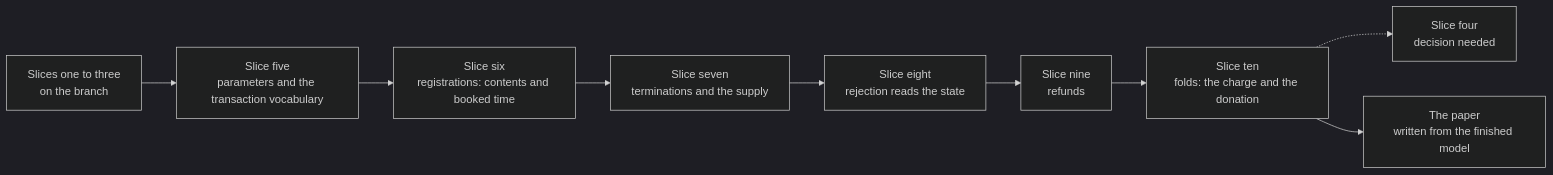
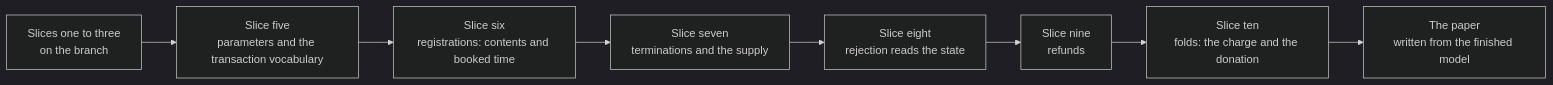
One commit to lambdasistemi/singular changed the diagram in specs/494-protected-rejection-rule/economics-plan.md. Above: the diagram before and after it, drawn with Mermaid (dark theme). The commit also changed other lines of this file and 15 other files, not shown here.

````diff
--- a/specs/494-protected-rejection-rule/economics-plan.md
+++ b/specs/494-protected-rejection-rule/economics-plan.md
@@ -12,11 +12,10 @@
 ```mermaid
 flowchart LR
     S3[Slices one to three<br/>on the branch] --> P5[Slice five<br/>parameters and the transaction vocabulary]
     P5 --> P6[Slice six<br/>registrations: contents and booked time]
     P6 --> P7[Slice seven<br/>terminations and the supply]
     P7 --> P8[Slice eight<br/>rejection reads the state]
     P8 --> P9[Slice nine<br/>refunds]
     P9 --> P10[Slice ten<br/>folds: the charge and the donation]
-    P10 -.-> S4[Slice four<br/>decision needed]
     P10 --> Paper[The paper<br/>written from the finished model]
 ```
````
